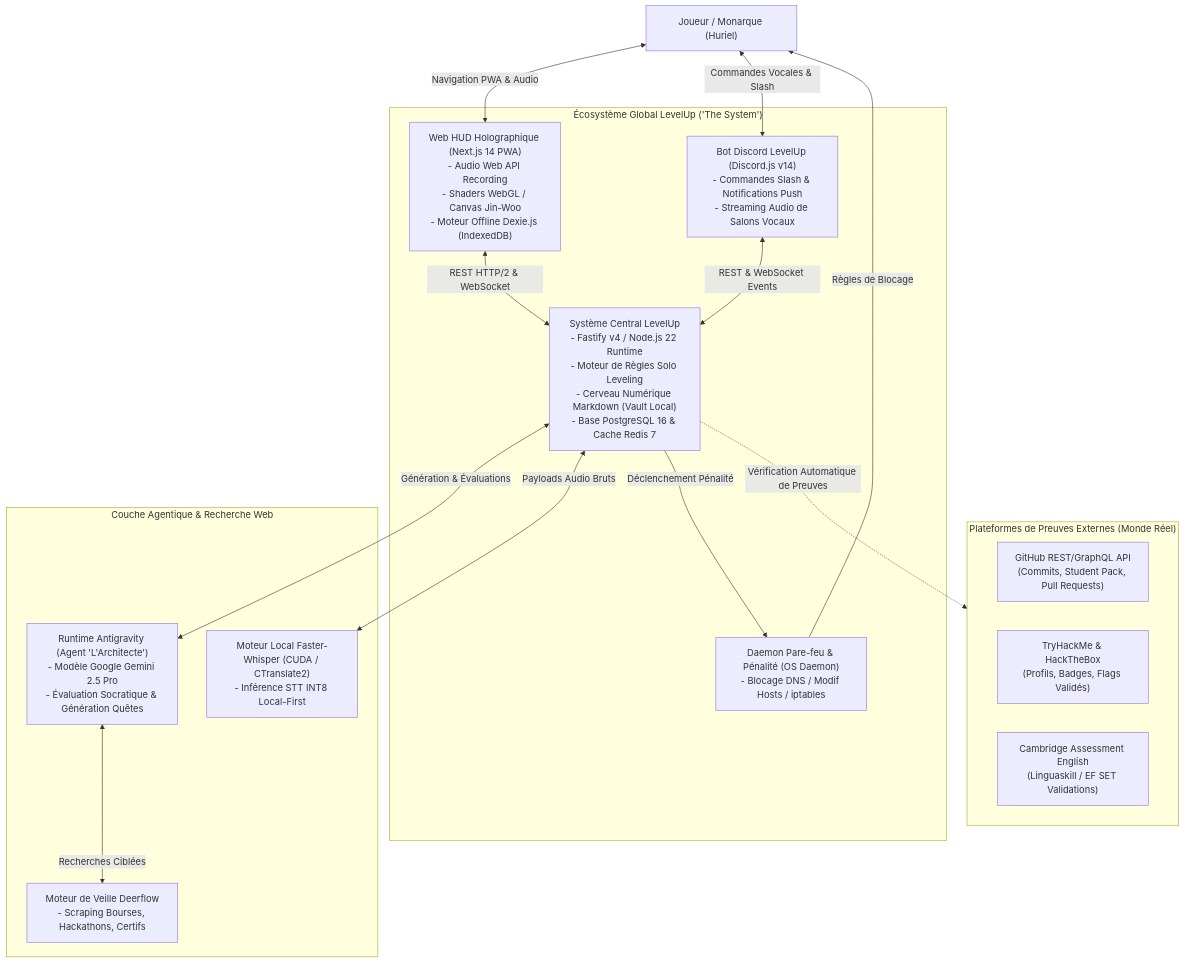
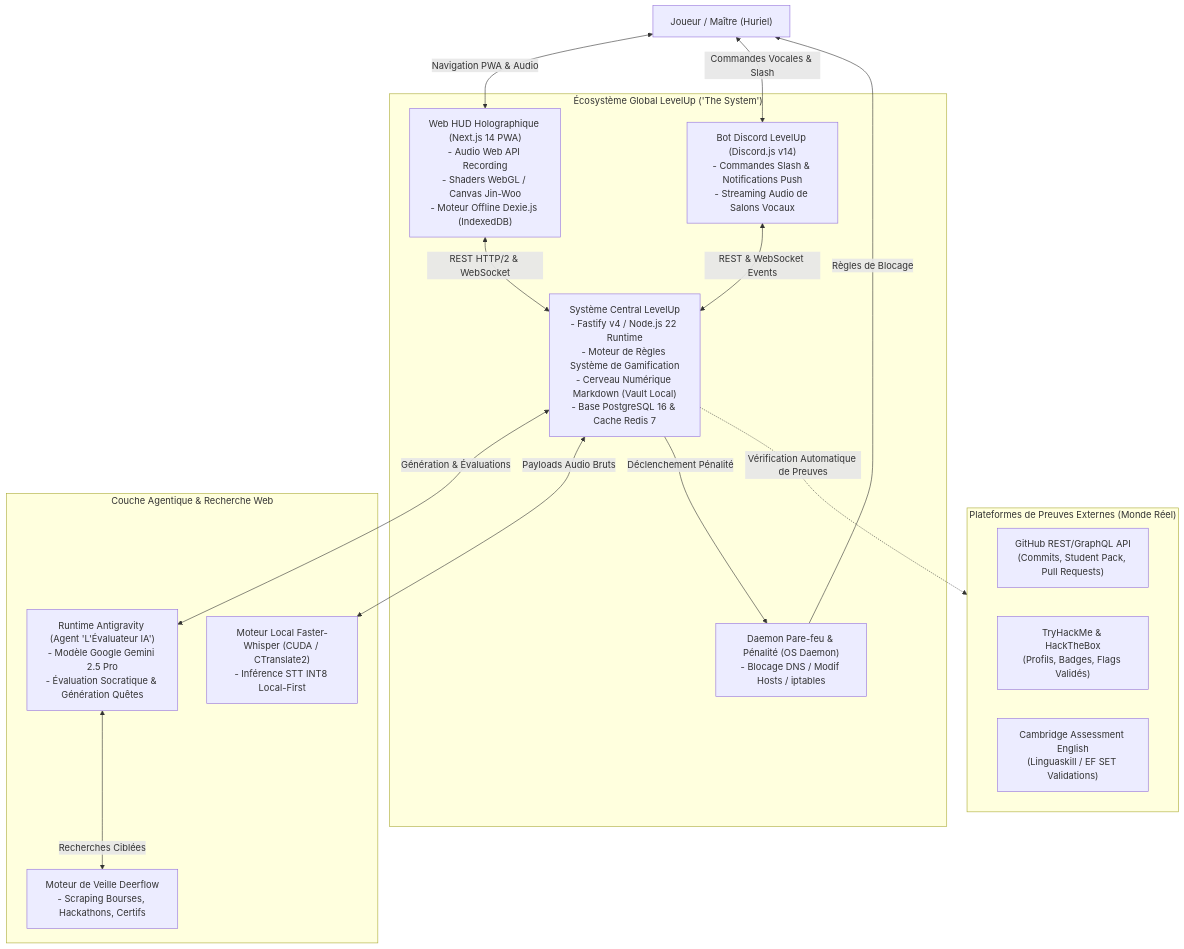
The first of 9 diagrams in docs/02-TRD.md (GeovanioH/LevelUp), drawn with Mermaid before and after one commit. The commit also changed other lines of this file and 12 other files, not shown here.

````diff
--- a/docs/02-TRD.md
+++ b/docs/02-TRD.md
@@ -18,34 +18,34 @@
 ```mermaid
 flowchart TD
-    User["Joueur / Monarque (Huriel)"]
+    User["Joueur / Maître (Huriel)"]
 
     subgraph LevelUpSystem ["Écosystème Global LevelUp ('The System')"]
-        Core["Système Central LevelUp<br>- Fastify v4 / Node.js 22 Runtime<br>- Moteur de Règles Solo Leveling<br>- Cerveau Numérique Markdown (Vault Local)<br>- Base PostgreSQL 16 & Cache Redis 7"]
+        Core["Système Central LevelUp<br>- Fastify v4 / Node.js 22 Runtime<br>- Moteur de Règles Système de Gamification<br>- Cerveau Numérique Markdown (Vault Local)<br>- Base PostgreSQL 16 & Cache Redis 7"]
         WebHUD["Web HUD Holographique (Next.js 14 PWA)<br>- Audio Web API Recording<br>- Shaders WebGL / Canvas Jin-Woo<br>- Moteur Offline Dexie.js (IndexedDB)"]
         DiscordBot["Bot Discord LevelUp (Discord.js v14)<br>- Commandes Slash & Notifications Push<br>- Streaming Audio de Salons Vocaux"]
         PenaltyDaemon["Daemon Pare-feu & Pénalité (OS Daemon)<br>- Blocage DNS / Modif Hosts / iptables"]
     end
 
     subgraph ExternalIntelligence ["Couche Agentique & Recherche Web"]
-        AntigravityAgent["Runtime Antigravity (Agent 'L'Architecte')<br>- Modèle Google Gemini 2.5 Pro<br>- Évaluation Socratique & Génération Quêtes"]
+        AntigravityAgent["Runtime Antigravity (Agent 'L'Évaluateur IA')<br>- Modèle Google Gemini 2.5 Pro<br>- Évaluation Socratique & Génération Quêtes"]
         DeerflowEngine["Moteur de Veille Deerflow<br>- Scraping Bourses, Hackathons, Certifs"]
         FasterWhisper["Moteur Local Faster-Whisper (CUDA / CTranslate2)<br>- Inférence STT INT8 Local-First"]
     end
 
     subgraph RealWorldPlatforms ["Plateformes de Preuves Externes (Monde Réel)"]
         GitHubAPI["GitHub REST/GraphQL API<br>(Commits, Student Pack, Pull Requests)"]
         TryHackMeAPI["TryHackMe & HackTheBox<br>(Profils, Badges, Flags Validés)"]
         CambridgeCert["Cambridge Assessment English<br>(Linguaskill / EF SET Validations)"]
     end
 
     User <-->|Navigation PWA & Audio| WebHUD
     User <-->|Commandes Vocales & Slash| DiscordBot
     WebHUD <-->|REST HTTP/2 & WebSocket| Core
     DiscordBot <-->|REST & WebSocket Events| Core
     Core <-->|Génération & Évaluations| AntigravityAgent
     Core <-->|Payloads Audio Bruts| FasterWhisper
     AntigravityAgent <-->|Recherches Ciblées| DeerflowEngine
     Core -.->|Vérification Automatique de Preuves| RealWorldPlatforms
     Core -->|Déclenchement Pénalité| PenaltyDaemon
     PenaltyDaemon -->|Règles de Blocage| User
 ```
````
